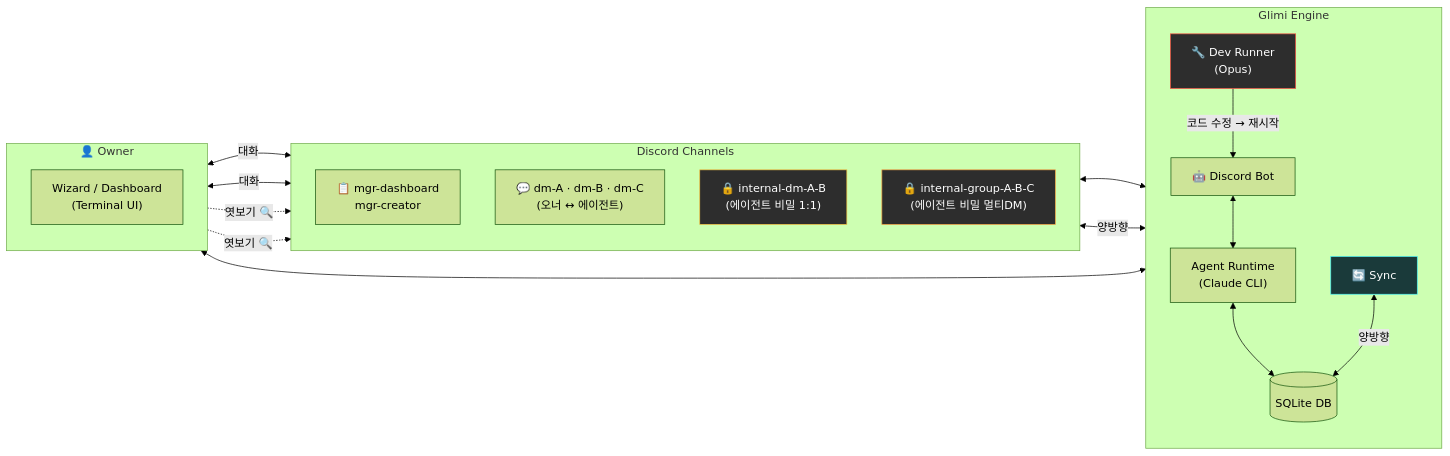
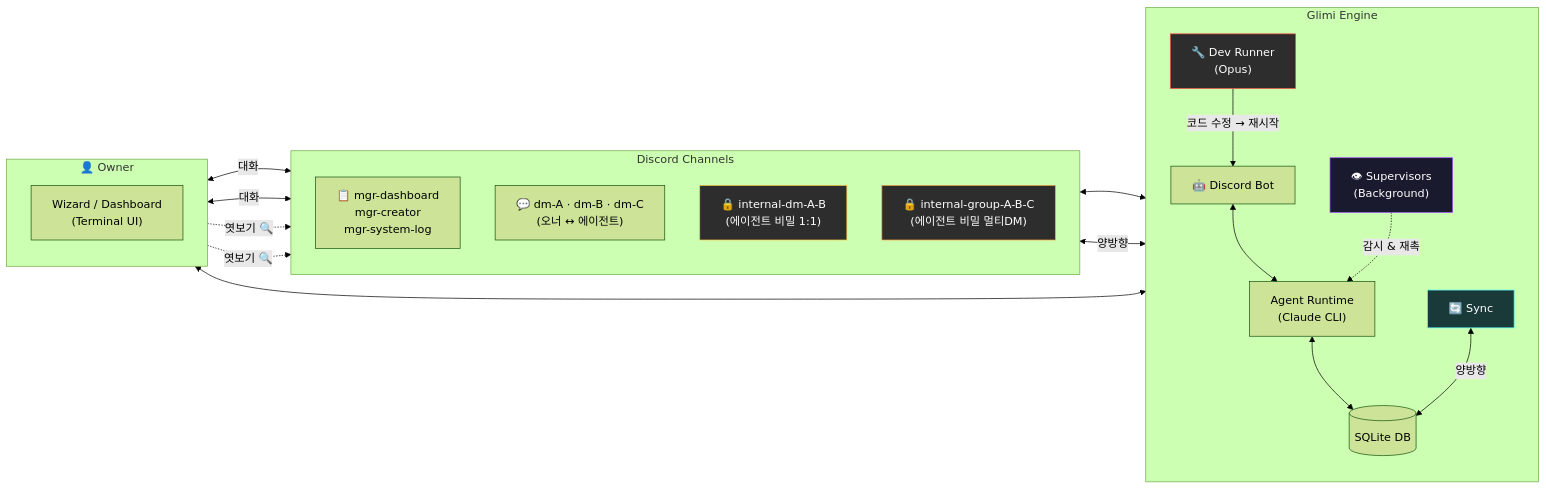
One commit to je-empty/Glimi changed the first of 4 diagrams in README.ko.md. Above: the diagram before and after it, drawn with Mermaid (forest theme). The commit also changed other lines of this file and 2 other files, not shown here.

````diff
--- a/README.ko.md
+++ b/README.ko.md
@@ -59,38 +53,41 @@
 ```mermaid
 flowchart LR
     subgraph Owner["👤 Owner"]
         direction TB
         O_TUI["Wizard / Dashboard\n(Terminal UI)"]
     end
 
     subgraph Engine["Glimi Engine"]
         direction TB
         Bot["🤖 Discord Bot"]
         Runtime["Agent Runtime\n(Claude CLI)"]
         DB[("SQLite DB")]
         Sync["🔄 Sync"]
         DevRunner["🔧 Dev Runner\n(Opus)"]
+        Supervisor["👁 Supervisors\n(Background)"]
     end
 
     subgraph Discord["Discord Channels"]
         direction TB
-        Mgr["📋 mgr-dashboard\nmgr-creator"]
+        Mgr["📋 mgr-dashboard\nmgr-creator\nmgr-system-log"]
         DM["💬 dm-A · dm-B · dm-C\n(오너 ↔ 에이전트)"]
         SecDM["🔒 internal-dm-A-B\n(에이전트 비밀 1:1)"]
         SecGrp["🔒 internal-group-A-B-C\n(에이전트 비밀 멀티DM)"]
     end
 
     Owner <-->|"대화"| Mgr & DM
     Owner -.->|"엿보기 🔍"| SecDM & SecGrp
     O_TUI <--> Bot
     Discord <--> Bot
     Bot <--> Runtime
     Runtime <--> DB
     Sync <-->|"양방향"| DB & Discord
     DevRunner -->|"코드 수정 → 재시작"| Bot
+    Supervisor -.->|"감시 & 재촉"| Runtime
 
     style SecDM fill:#2d2d2d,stroke:#f5c542,color:#fff
     style SecGrp fill:#2d2d2d,stroke:#f5a142,color:#fff
     style DevRunner fill:#2d2d2d,stroke:#f55142,color:#fff
     style Sync fill:#1a3a3a,stroke:#4af5f5,color:#fff
+    style Supervisor fill:#1a1a2e,stroke:#9a4aff,color:#fff
 ```
````
